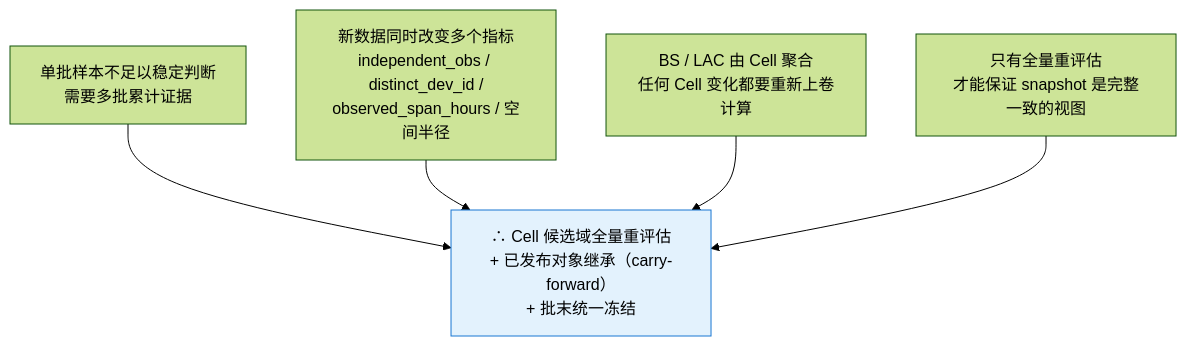
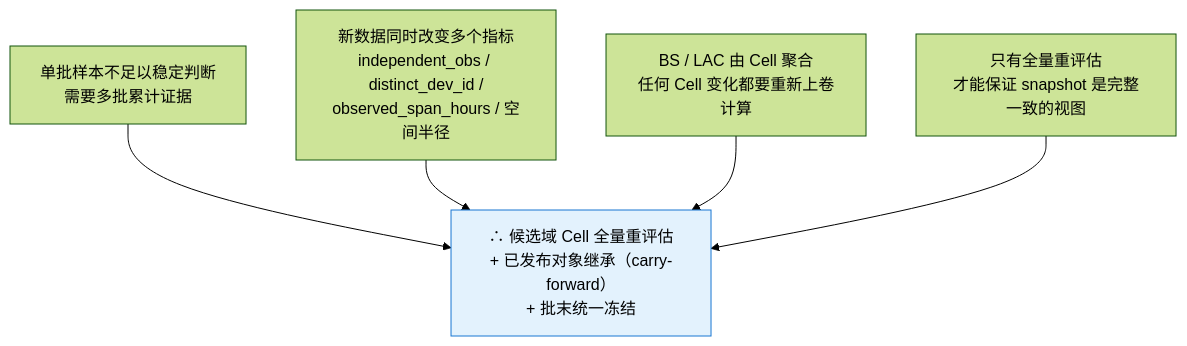
One commit to laoyang75/OptiNet changed the third of 9 diagrams in rebuild5/docs/human_guide/03_Step3_流式质量评估.md. Above: the diagram before and after it, drawn with Mermaid (forest theme). The commit also changed other lines of this file and 169 other files, not shown here.

````diff
--- a/rebuild5/docs/human_guide/03_Step3_流式质量评估.md
+++ b/rebuild5/docs/human_guide/03_Step3_流式质量评估.md
@@ -40,16 +59,16 @@
 ```mermaid
 flowchart TD
     REASON1["单批样本不足以稳定判断\n需要多批累计证据"]
     REASON2["新数据同时改变多个指标\nindependent_obs / distinct_dev_id /\nobserved_span_hours / 空间半径"]
     REASON3["BS / LAC 由 Cell 聚合\n任何 Cell 变化都要重新上卷计算"]
     REASON4["只有全量重评估\n才能保证 snapshot 是完整一致的视图"]
 
-    CONCLUSION["∴ Cell 候选域全量重评估\n+ 已发布对象继承（carry-forward）\n+ 批末统一冻结"]
+    CONCLUSION["∴ 候选域 Cell 全量重评估\n+ 已发布对象继承（carry-forward）\n+ 批末统一冻结"]
 
     REASON1 --> CONCLUSION
     REASON2 --> CONCLUSION
     REASON3 --> CONCLUSION
     REASON4 --> CONCLUSION
 
     style CONCLUSION fill:#e3f2fd,stroke:#1976d2
 ```
````
